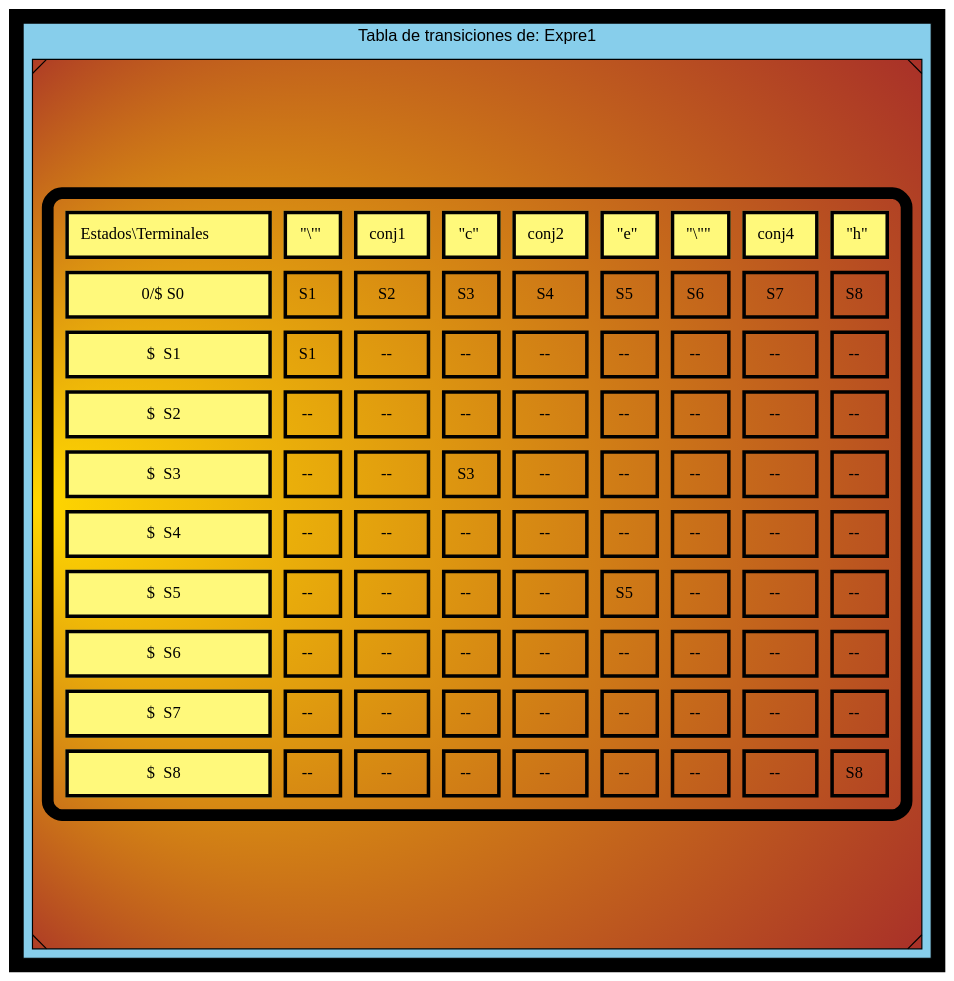
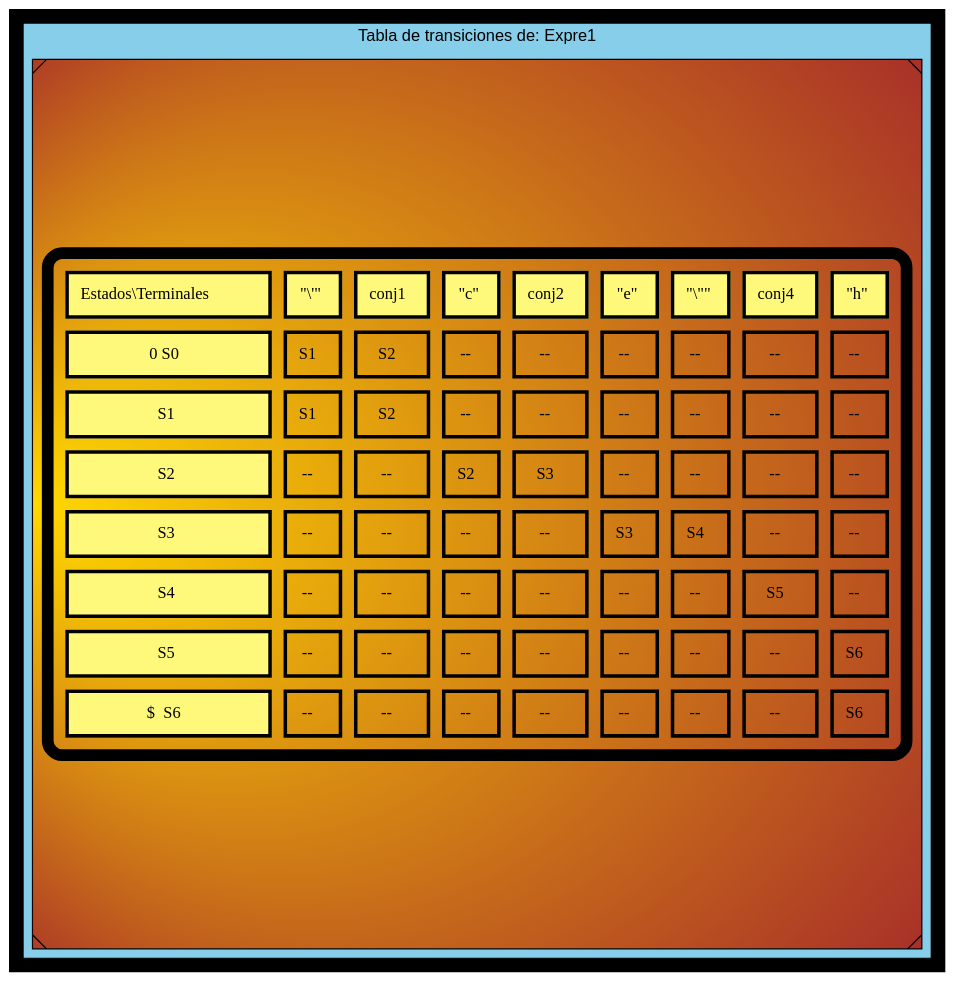
The diagram in TRANSICIONES_202000119/TransicionesExpre1.dot (SergieArizandieta/OLC1-P1-202000119), drawn with Graphviz before and after one commit. The commit also changed 108 other files, not shown here.

```diff
--- a/TRANSICIONES_202000119/TransicionesExpre1.dot
+++ b/TRANSICIONES_202000119/TransicionesExpre1.dot
@@ -1,120 +1,98 @@
 digraph G { bgcolor="black"
    fontname="Helvetica,Arial,sans-serif"
   edge [fontname="Helvetica,Arial,sans-serif"]
   subgraph cluster1 {fillcolor="skyblue" style="filled"
   node [shape=Msquare fillcolor="gold:brown" style="radial" gradientangle=180]
   label = " Tabla de transiciones de: Expre1"
   a0 [label=<  
   <TABLE border="10" cellspacing="10" cellpadding="10" style="rounded" gradientangle="315">
   <TR>
       <TD border="3" bgcolor="#FFF97B">Estados\Terminales  </TD>
       <TD border="3" bgcolor="#FFF97B">"\'"</TD>
       <TD border="3" bgcolor="#FFF97B">conj1</TD>
       <TD border="3" bgcolor="#FFF97B">"c"</TD>
       <TD border="3" bgcolor="#FFF97B">conj2</TD>
       <TD border="3" bgcolor="#FFF97B">"e"</TD>
       <TD border="3" bgcolor="#FFF97B">"\""</TD>
       <TD border="3" bgcolor="#FFF97B">conj4</TD>
       <TD border="3" bgcolor="#FFF97B">"h"</TD>
   </TR>
   <TR>
-      <TD border="3" bgcolor="#FFF97B">0/$ S0</TD>
+      <TD border="3" bgcolor="#FFF97B">0 S0</TD>
       <TD border="3" > S1</TD>
       <TD border="3" > S2</TD>
-      <TD border="3" > S3</TD>
-      <TD border="3" > S4</TD>
-      <TD border="3" > S5</TD>
-      <TD border="3" > S6</TD>
-      <TD border="3" > S7</TD>
-      <TD border="3" > S8</TD>
-  </TR>
-  <TR>
-      <TD border="3" bgcolor="#FFF97B">$  S1</TD>
-      <TD border="3" > S1</TD>
-      <TD border="3" > -- </TD>
       <TD border="3" > -- </TD>
       <TD border="3" > -- </TD>
       <TD border="3" > -- </TD>
       <TD border="3" > -- </TD>
       <TD border="3" > -- </TD>
       <TD border="3" > -- </TD>
   </TR>
   <TR>
-      <TD border="3" bgcolor="#FFF97B">$  S2</TD>
-      <TD border="3" > -- </TD>
-      <TD border="3" > -- </TD>
+      <TD border="3" bgcolor="#FFF97B">S1</TD>
+      <TD border="3" > S1</TD>
+      <TD border="3" > S2</TD>
       <TD border="3" > -- </TD>
       <TD border="3" > -- </TD>
       <TD border="3" > -- </TD>
       <TD border="3" > -- </TD>
       <TD border="3" > -- </TD>
       <TD border="3" > -- </TD>
   </TR>
   <TR>
-      <TD border="3" bgcolor="#FFF97B">$  S3</TD>
+      <TD border="3" bgcolor="#FFF97B">S2</TD>
       <TD border="3" > -- </TD>
       <TD border="3" > -- </TD>
+      <TD border="3" > S2</TD>
       <TD border="3" > S3</TD>
-      <TD border="3" > -- </TD>
       <TD border="3" > -- </TD>
       <TD border="3" > -- </TD>
       <TD border="3" > -- </TD>
       <TD border="3" > -- </TD>
   </TR>
   <TR>
-      <TD border="3" bgcolor="#FFF97B">$  S4</TD>
+      <TD border="3" bgcolor="#FFF97B">S3</TD>
+      <TD border="3" > -- </TD>
+      <TD border="3" > -- </TD>
+      <TD border="3" > -- </TD>
+      <TD border="3" > -- </TD>
+      <TD border="3" > S3</TD>
+      <TD border="3" > S4</TD>
+      <TD border="3" > -- </TD>
+      <TD border="3" > -- </TD>
+  </TR>
+  <TR>
+      <TD border="3" bgcolor="#FFF97B">S4</TD>
+      <TD border="3" > -- </TD>
+      <TD border="3" > -- </TD>
+      <TD border="3" > -- </TD>
+      <TD border="3" > -- </TD>
+      <TD border="3" > -- </TD>
+      <TD border="3" > -- </TD>
+      <TD border="3" > S5</TD>
+      <TD border="3" > -- </TD>
+  </TR>
+  <TR>
+      <TD border="3" bgcolor="#FFF97B">S5</TD>
       <TD border="3" > -- </TD>
       <TD border="3" > -- </TD>
       <TD border="3" > -- </TD>
       <TD border="3" > -- </TD>
       <TD border="3" > -- </TD>
       <TD border="3" > -- </TD>
       <TD border="3" > -- </TD>
-      <TD border="3" > -- </TD>
-  </TR>
-  <TR>
-      <TD border="3" bgcolor="#FFF97B">$  S5</TD>
-      <TD border="3" > -- </TD>
-      <TD border="3" > -- </TD>
-      <TD border="3" > -- </TD>
-      <TD border="3" > -- </TD>
-      <TD border="3" > S5</TD>
-      <TD border="3" > -- </TD>
-      <TD border="3" > -- </TD>
-      <TD border="3" > -- </TD>
+      <TD border="3" > S6</TD>
   </TR>
   <TR>
       <TD border="3" bgcolor="#FFF97B">$  S6</TD>
       <TD border="3" > -- </TD>
       <TD border="3" > -- </TD>
       <TD border="3" > -- </TD>
       <TD border="3" > -- </TD>
       <TD border="3" > -- </TD>
       <TD border="3" > -- </TD>
       <TD border="3" > -- </TD>
-      <TD border="3" > -- </TD>
-  </TR>
-  <TR>
-      <TD border="3" bgcolor="#FFF97B">$  S7</TD>
-      <TD border="3" > -- </TD>
-      <TD border="3" > -- </TD>
-      <TD border="3" > -- </TD>
-      <TD border="3" > -- </TD>
-      <TD border="3" > -- </TD>
-      <TD border="3" > -- </TD>
-      <TD border="3" > -- </TD>
-      <TD border="3" > -- </TD>
-  </TR>
-  <TR>
-      <TD border="3" bgcolor="#FFF97B">$  S8</TD>
-      <TD border="3" > -- </TD>
-      <TD border="3" > -- </TD>
-      <TD border="3" > -- </TD>
-      <TD border="3" > -- </TD>
-      <TD border="3" > -- </TD>
-      <TD border="3" > -- </TD>
-      <TD border="3" > -- </TD>
-      <TD border="3" > S8</TD>
+      <TD border="3" > S6</TD>
   </TR>
 
 </TABLE>>];}}
```
